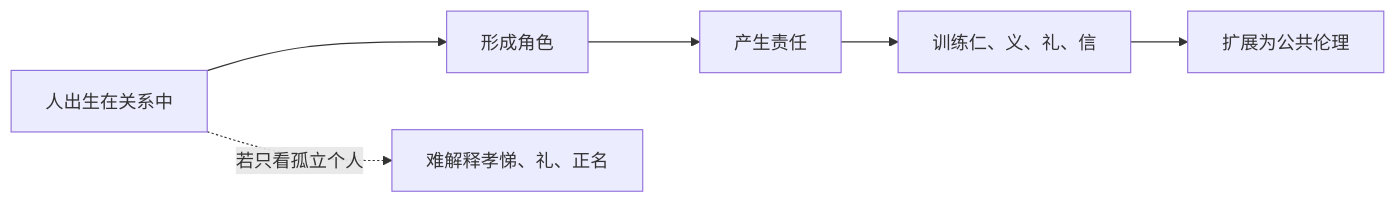
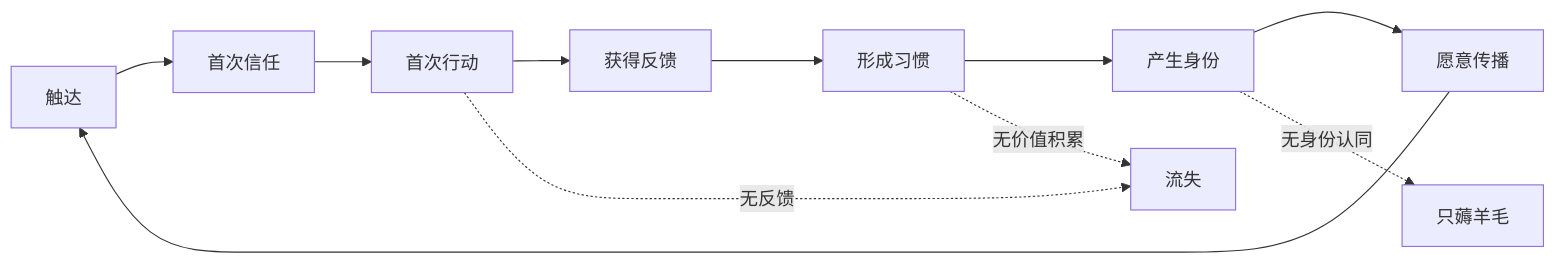
Before and after one commit to digoal/blog: the second of 2 diagrams in 202605/20260518_16.md, drawn with Mermaid. The commit also changed other lines of this file and 26 other files, not shown here.

````diff
--- a/202605/20260518_16.md
+++ b/202605/20260518_16.md
@@ -22,8 +212,14 @@
 ```mermaid
 flowchart LR
-  A["人出生在关系中"] --> B["形成角色"]
-  B --> C["产生责任"]
-  C --> D["训练仁、义、礼、信"]
-  D --> E["扩展为公共伦理"]
-  A -. "若只看孤立个人" .-> F["难解释孝悌、礼、正名"]
+  A["触达"] --> B["首次信任"]
+  B --> C["首次行动"]
+  C --> D["获得反馈"]
+  D --> E["形成习惯"]
+  E --> F["产生身份"]
+  F --> G["愿意传播"]
+  G --> A
+
+  C -. "无反馈" .-> H["流失"]
+  E -. "无价值积累" .-> H
+  F -. "无身份认同" .-> I["只薅羊毛"]
 ```
````
